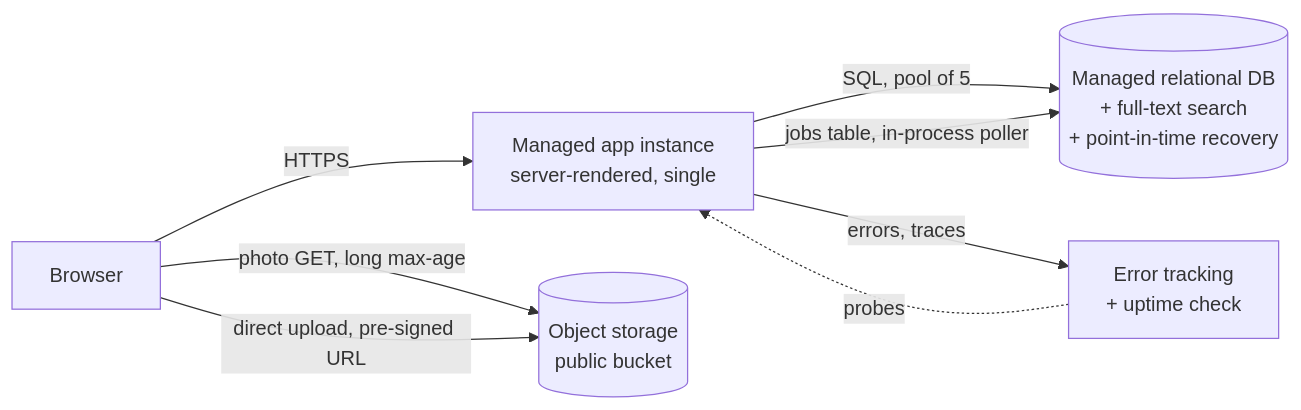
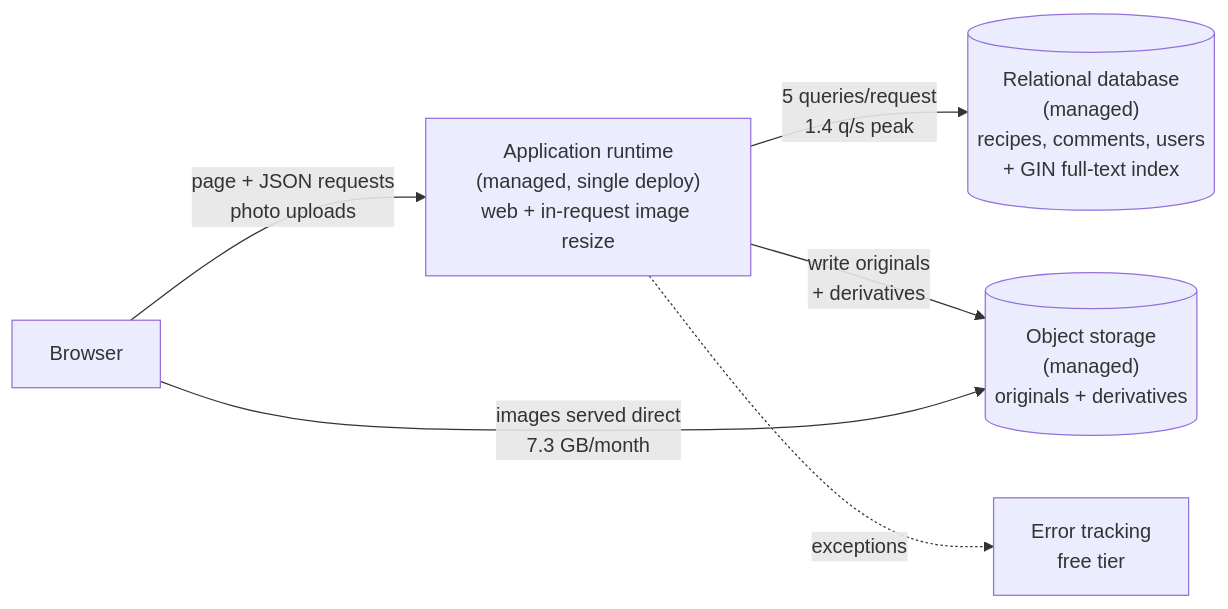
One commit to mhayk/oab changed the diagram in examples/live-run/design.md. Above: the diagram before and after it, drawn with Mermaid. The commit also changed other lines of this file and 1 other file, not shown here.

````diff
--- a/examples/live-run/design.md
+++ b/examples/live-run/design.md
@@ -132,10 +199,14 @@
 ```mermaid
 graph LR
-    U[Browser] -->|HTTPS| A[Managed app instance<br/>server-rendered, single]
-    U -->|photo GET, long max-age| S[(Object storage<br/>public bucket)]
-    U -->|direct upload, pre-signed URL| S
-    A -->|SQL, pool of 5| D[(Managed relational DB<br/>+ full-text search<br/>+ point-in-time recovery)]
-    A -->|jobs table, in-process poller| D
-    A -->|errors, traces| O[Error tracking<br/>+ uptime check]
-    O -.->|probes| A
+    B[Browser]
+    A["Application runtime<br/>(managed, single deploy)<br/>web + in-request image resize"]
+    D[("Relational database<br/>(managed)<br/>recipes, comments, users<br/>+ GIN full-text index")]
+    O[("Object storage<br/>(managed)<br/>originals + derivatives")]
+    E[Error tracking<br/>free tier]
+
+    B -->|"page + JSON requests<br/>photo uploads"| A
+    A -->|"5 queries/request<br/>1.4 q/s peak"| D
+    A -->|"write originals<br/>+ derivatives"| O
+    B -->|"images served direct<br/>7.3 GB/month"| O
+    A -.->|exceptions| E
 ```
````
